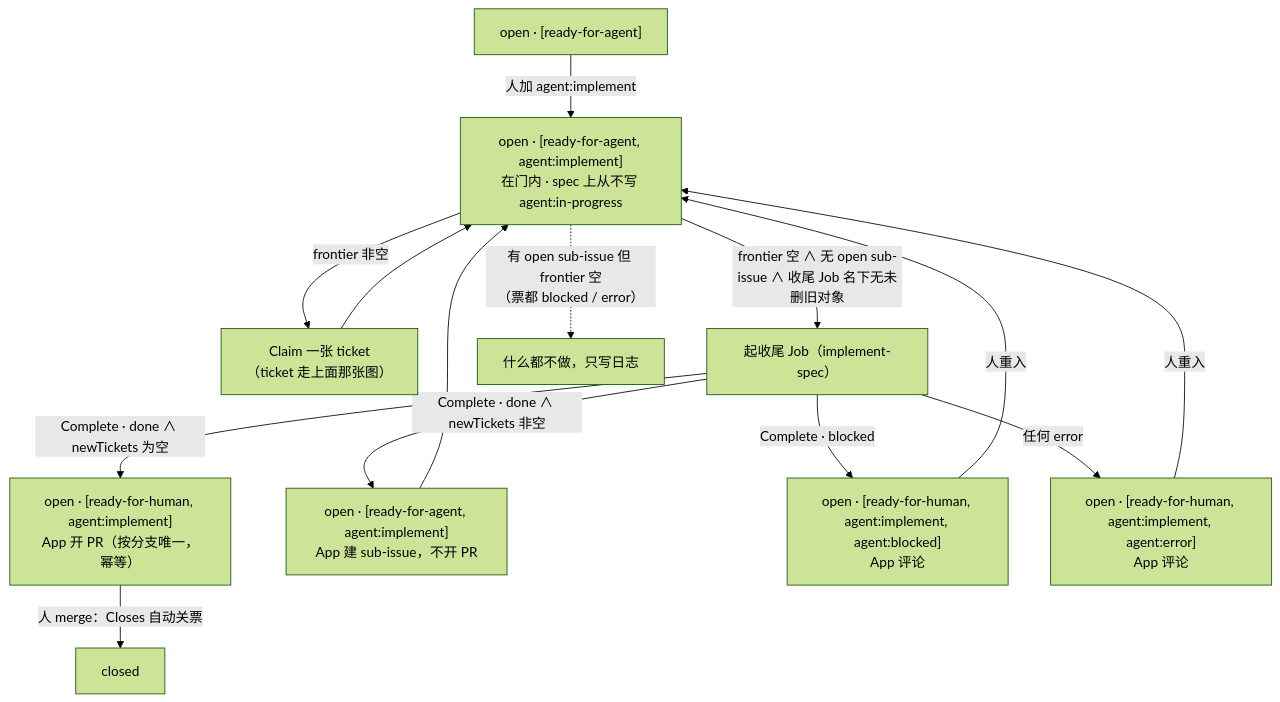
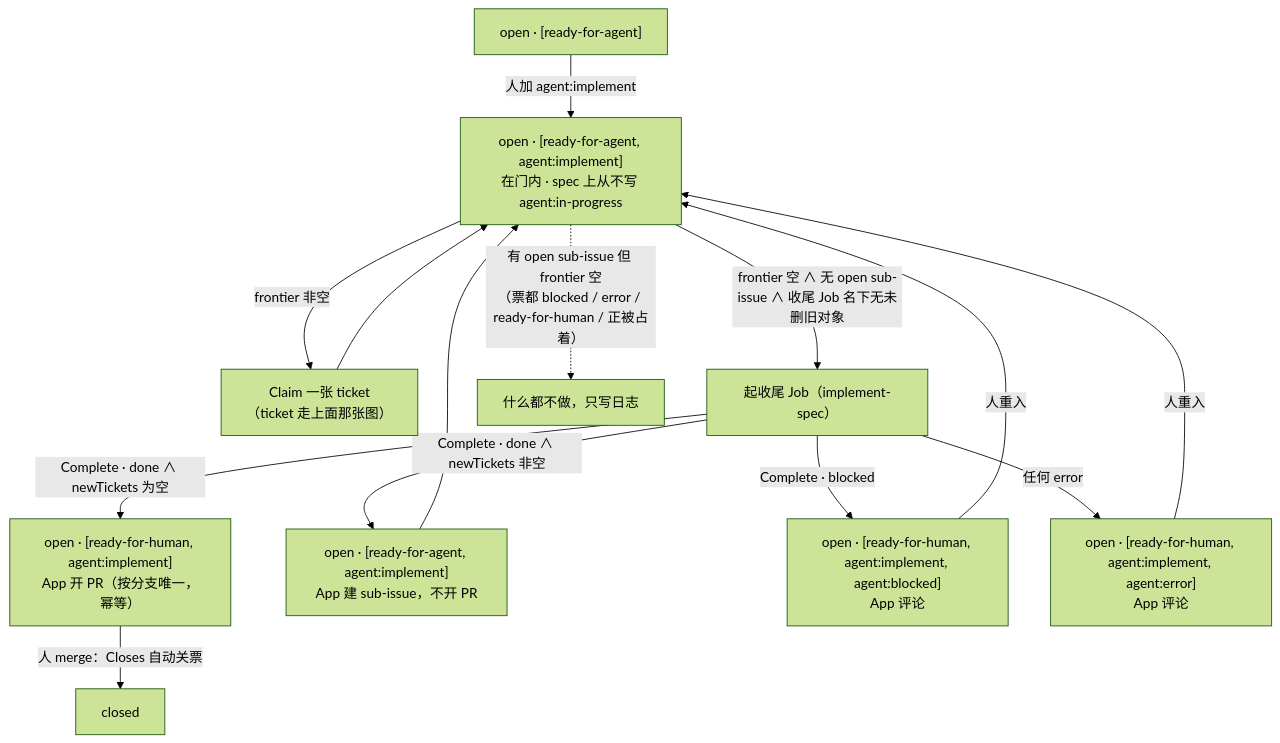
The fifth of 9 diagrams in docs/architecture.md (2017fighting/remote-agent), drawn with Mermaid (forest theme) before and after one commit. The commit also changed other lines of this file and 5 other files, not shown here.

````diff
--- a/docs/architecture.md
+++ b/docs/architecture.md
@@ -246,16 +248,16 @@
 ```mermaid
 flowchart TD
     S0["open · [ready-for-agent]"] -->|"人加 agent:implement"| S1["open · [ready-for-agent, agent:implement]<br/>在门内 · spec 上从不写 agent:in-progress"]
     S1 -->|"frontier 非空"| Claim["Claim 一张 ticket<br/>（ticket 走上面那张图）"]
     Claim --> S1
     S1 -->|"frontier 空 ∧ 无 open sub-issue ∧ 收尾 Job 名下无未删旧对象"| S2["起收尾 Job（implement-spec）"]
-    S1 -.->|"有 open sub-issue 但 frontier 空<br/>（票都 blocked / error）"| Idle["什么都不做，只写日志"]
+    S1 -.->|"有 open sub-issue 但 frontier 空<br/>（票都 blocked / error / ready-for-human / 正被占着）"| Idle["什么都不做，只写日志"]
     S2 -->|"Complete · done ∧ newTickets 为空"| S3["open · [ready-for-human, agent:implement]<br/>App 开 PR（按分支唯一，幂等）"]
     S2 -->|"Complete · done ∧ newTickets 非空"| S3N["open · [ready-for-agent, agent:implement]<br/>App 建 sub-issue，不开 PR"]
     S3N --> S1
     S2 -->|"Complete · blocked"| S4["open · [ready-for-human, agent:implement, agent:blocked]<br/>App 评论"]
     S2 -->|"任何 error"| S5["open · [ready-for-human, agent:implement, agent:error]<br/>App 评论"]
     S3 -->|"人 merge：Closes 自动关票"| Done["closed"]
     S4 -->|"人重入"| S1
     S5 -->|"人重入"| S1
 ```
````
